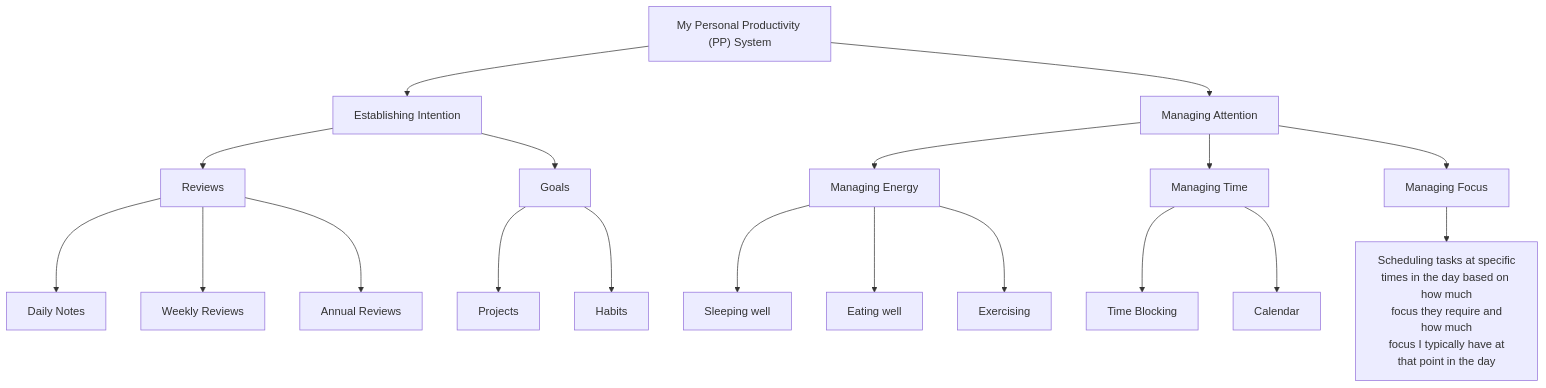
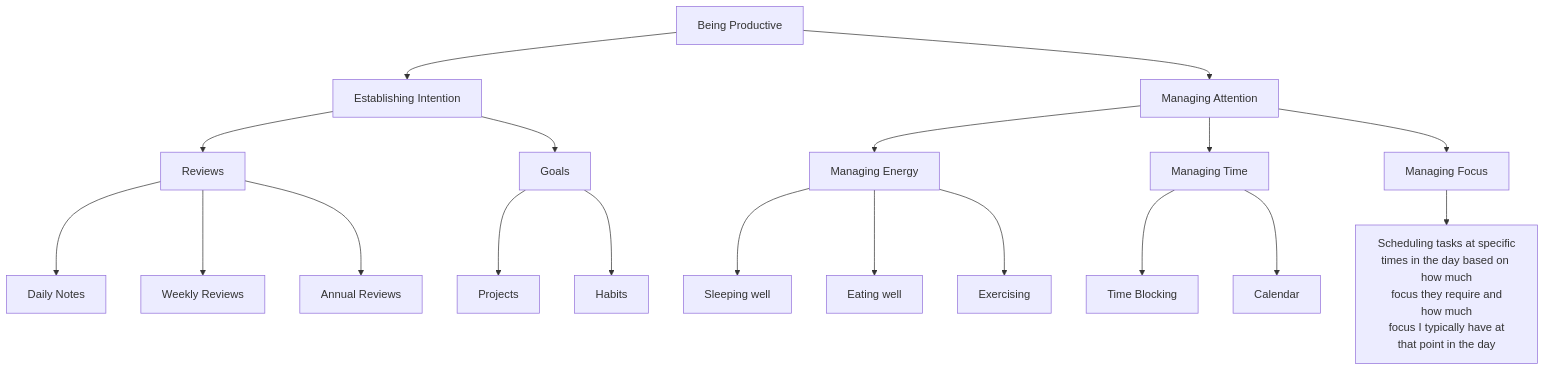
One commit to quinn-p-mchugh/personal-website changed the diagram in docs/personal-knowledge-management-architecture.mdx. Above: the diagram before and after it, drawn with Mermaid. The commit also changed other lines of this file, not shown here.

````diff
--- a/docs/personal-knowledge-management-architecture.mdx
+++ b/docs/personal-knowledge-management-architecture.mdx
@@ -26,46 +28,46 @@
 ```mermaid
 flowchart TB
-	1["My Personal Productivity (PP) System"]
+	1["Being Productive"]
 	2["Establishing Intention"]
 	3["Managing Attention"]
 	4["Goals"]
 	5["Reviews"]
 	6["Daily Notes"]
 	7["Weekly Reviews"]
 	8["Annual Reviews"]
 	10["Time Blocking"]
 	11["Habits"]
 	12["Managing Energy"]
 	13["Managing Time"]
 	14["Projects"]
 	15["Sleeping well"]
 	16["Eating well"]
 	17["Exercising"]
 	18["Calendar"]
 	19["Managing Focus"]
 	20["Scheduling tasks at specific<br>times in the day based on how much<br> focus they require and how much<br> focus I typically have at that point in the day"]
 
 	%% Add categories from: https://www.ebiester.com/productivity/2022/12/14/lego-blocks-of-productivity.html
 	%% Time management - How do I organize my day?
 	%% Activity management - What are the right things to work on?
 	%% Capacity management - How many things can I plan at once?
 	%% Project management - How do I break down my tasks into manageable sizes?
 	%% Task management - How do I focus on an individual task, and what do I do with them?
 	%% Energy management: How do I use my most productive time for the valuable things, and how do I make sure I don’t overextend myself?
 	%% Knowledge management: How do I organize what I’ve learned so that I don’t lose time to trying to search for it in complex projects?
 	%% Habit management -how do I stay on track with the habits I want to adopt or have adopted?
 	%% Vision/goal management - what is my north star? What am I working toward and how do I get there?
 
 	1 --> 2 & 3
 
 	2 --> 5
 	2 --> 4
 	4 --> 14 & 11
 
 	5 --> 6 & 7 & 8
 
 	3 --> 12 & 13 & 19
 	13 --> 10 & 18
 	12 --> 15 & 16 & 17
 	19 --> 20
 ```
````
